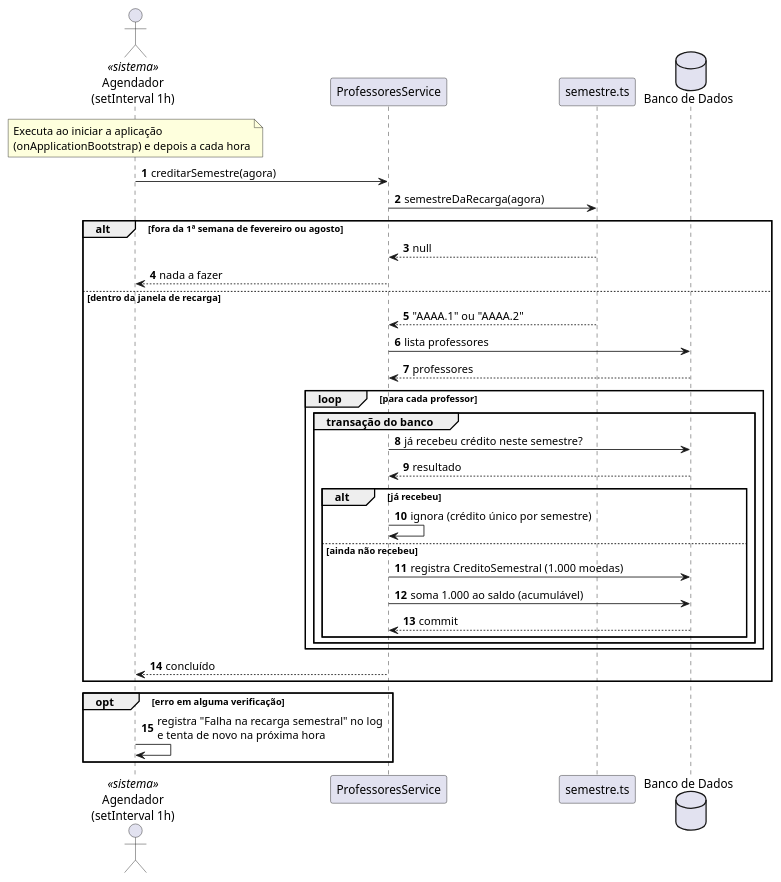
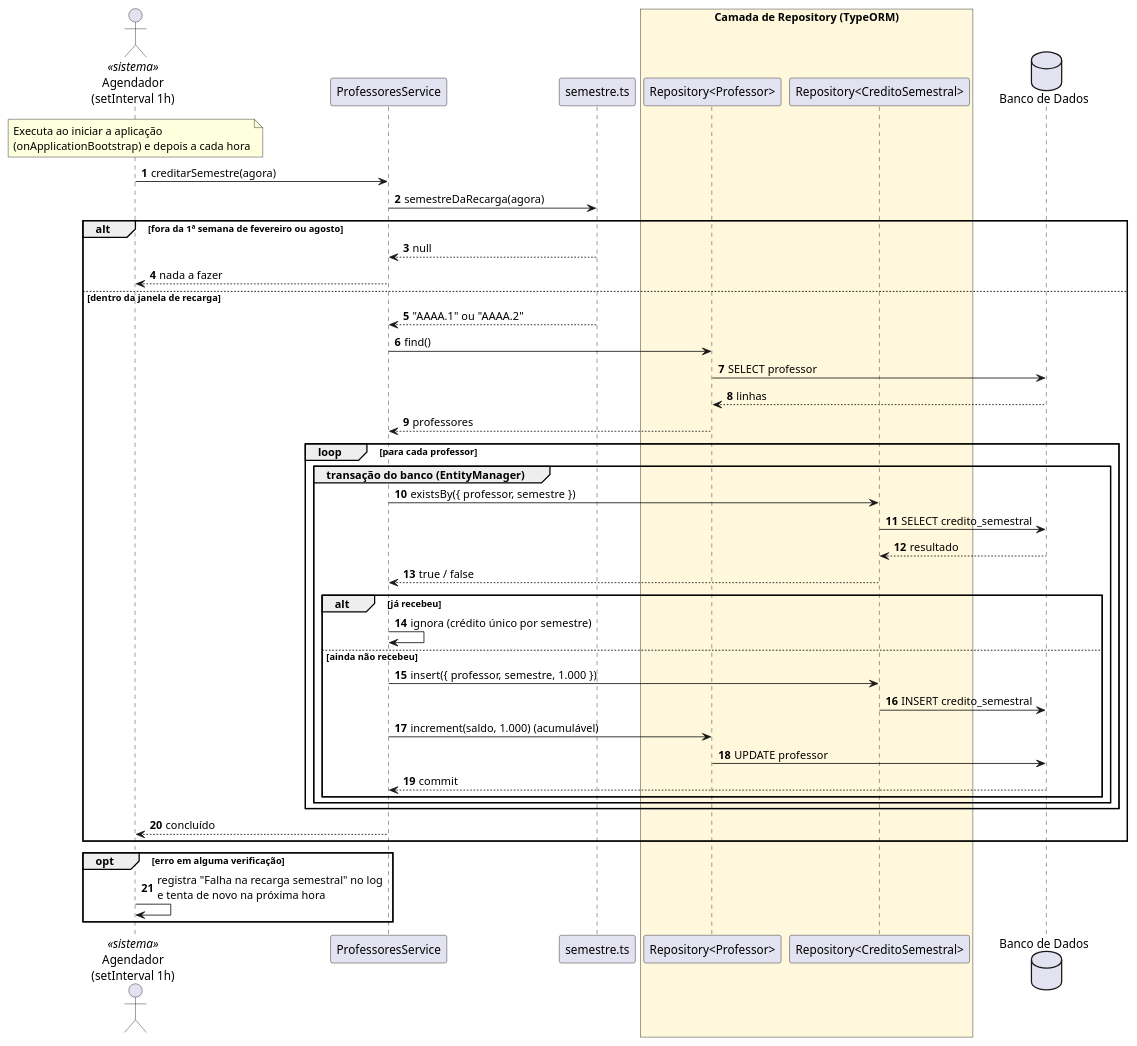
One commit to pazzutti/lab03-sistema-moeda-estudantil changed the diagram in docs/diagramas/sequencia/uc12-creditar-moedas-semestrais.puml. Above: the diagram before and after it, drawn with PlantUML. The commit also changed 21 other files, not shown here.

```diff
--- a/docs/diagramas/sequencia/uc12-creditar-moedas-semestrais.puml
+++ b/docs/diagramas/sequencia/uc12-creditar-moedas-semestrais.puml
@@ -1,49 +1,59 @@
 @startuml uc12_creditar_moedas_semestrais
 ' =====================================================================
 ' Sistema de Moeda Estudantil
 ' Diagrama de Sequencia - UC12 Creditar moedas semestrais (HU16)
 ' Fonte versionada em docs/diagramas/sequencia/uc12-creditar-moedas-semestrais.puml
 ' =====================================================================
 
 skinparam shadowing false
 autonumber
 
 actor "Agendador\n(setInterval 1h)" as Agendador <<sistema>>
 participant "ProfessoresService" as Service
 participant "semestre.ts" as Semestre
+box "Camada de Repository (TypeORM)" #FFF8DC
+  participant "Repository<Professor>" as ProfRepo
+  participant "Repository<CreditoSemestral>" as CreditoRepo
+end box
 database "Banco de Dados" as BD
 
 note over Agendador : Executa ao iniciar a aplicação\n(onApplicationBootstrap) e depois a cada hora
 
 Agendador -> Service : creditarSemestre(agora)
 Service -> Semestre : semestreDaRecarga(agora)
 
 alt fora da 1ª semana de fevereiro ou agosto
   Semestre --> Service : null
   Service --> Agendador : nada a fazer
 else dentro da janela de recarga
   Semestre --> Service : "AAAA.1" ou "AAAA.2"
-  Service -> BD : lista professores
-  BD --> Service : professores
+  Service -> ProfRepo : find()
+  ProfRepo -> BD : SELECT professor
+  BD --> ProfRepo : linhas
+  ProfRepo --> Service : professores
 
   loop para cada professor
-    group transação do banco
-      Service -> BD : já recebeu crédito neste semestre?
-      BD --> Service : resultado
+    group transação do banco (EntityManager)
+      Service -> CreditoRepo : existsBy({ professor, semestre })
+      CreditoRepo -> BD : SELECT credito_semestral
+      BD --> CreditoRepo : resultado
+      CreditoRepo --> Service : true / false
       alt já recebeu
         Service -> Service : ignora (crédito único por semestre)
       else ainda não recebeu
-        Service -> BD : registra CreditoSemestral (1.000 moedas)
-        Service -> BD : soma 1.000 ao saldo (acumulável)
+        Service -> CreditoRepo : insert({ professor, semestre, 1.000 })
+        CreditoRepo -> BD : INSERT credito_semestral
+        Service -> ProfRepo : increment(saldo, 1.000) (acumulável)
+        ProfRepo -> BD : UPDATE professor
         BD --> Service : commit
       end
     end
   end
   Service --> Agendador : concluído
 end
 
 opt erro em alguma verificação
   Agendador -> Agendador : registra "Falha na recarga semestral" no log\ne tenta de novo na próxima hora
 end
 
 @enduml
```
